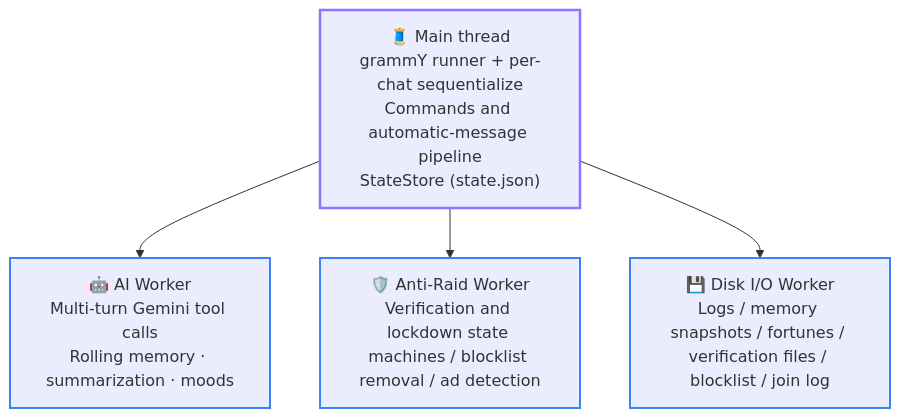
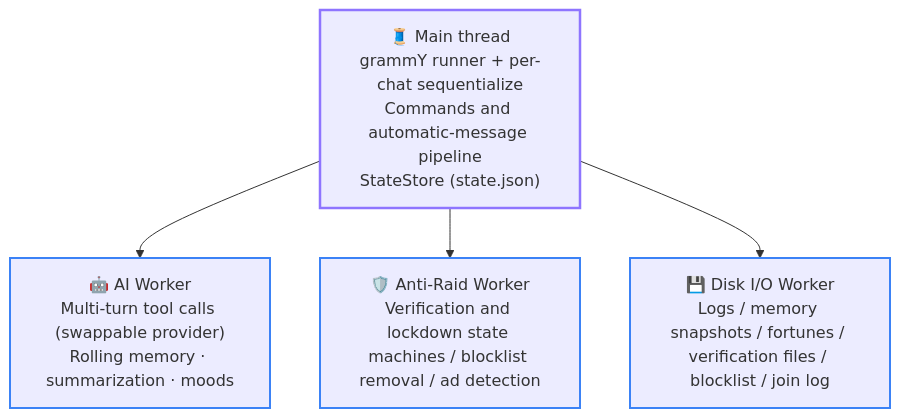
Before and after one commit to Asashishi/copy_ninjia: the first of 2 diagrams in docs/en/02-architecture.md, drawn with Mermaid. The commit also changed other lines of this file and 193 other files, not shown here.

````diff
--- a/docs/en/02-architecture.md
+++ b/docs/en/02-architecture.md
@@ -17,14 +17,14 @@
 ```mermaid
 flowchart TD
     classDef main stroke:#8e75ff,stroke-width:2.5px;
     classDef worker stroke:#3b82f6,stroke-width:2px;
 
     MAIN["🧵 Main thread<br/>grammY runner + per-chat sequentialize<br/>Commands and automatic-message pipeline<br/>StateStore (state.json)"]:::main
-    AI["🤖 AI Worker<br/>Multi-turn Gemini tool calls<br/>Rolling memory · summarization · moods"]:::worker
+    AI["🤖 AI Worker<br/>Multi-turn tool calls (swappable provider)<br/>Rolling memory · summarization · moods"]:::worker
     RAID["🛡️ Anti-Raid Worker<br/>Verification and lockdown state machines / blocklist removal / ad detection"]:::worker
     DISK["💾 Disk I/O Worker<br/>Logs / memory snapshots / fortunes / verification files / blocklist / join log"]:::worker
 
     MAIN --> AI
     MAIN --> RAID
     MAIN --> DISK
 ```
````
